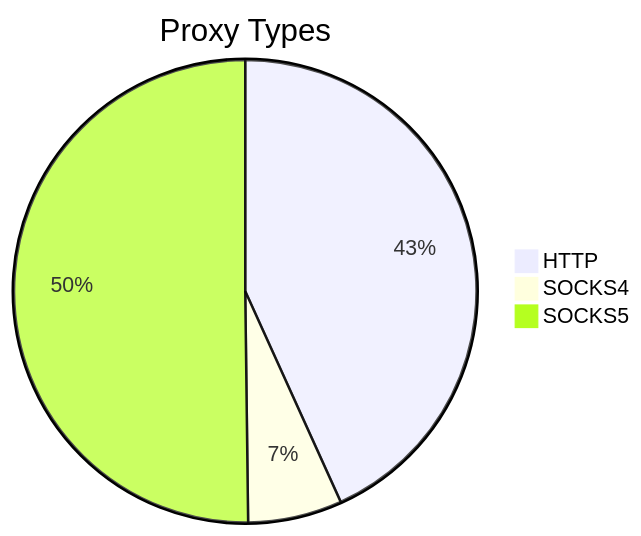
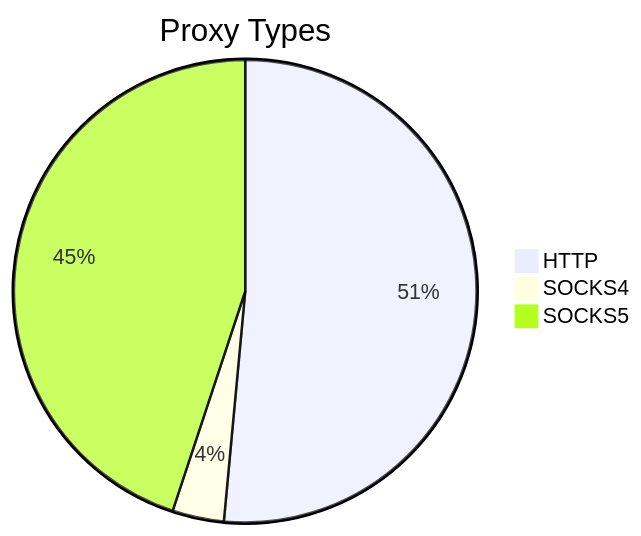
One commit to stormsia/proxy-list changed the first of 2 diagrams in README.md. Above: the diagram before and after it, drawn with Mermaid. The commit also changed other lines of this file, not shown here.

````diff
--- a/README.md
+++ b/README.md
@@ -21,6 +21,6 @@
 ```mermaid
 pie title Proxy Types
-    "HTTP" : 217
-    "SOCKS4" : 33
-    "SOCKS5" : 252
+    "HTTP" : 157
+    "SOCKS4" : 11
+    "SOCKS5" : 137
 ```
````
